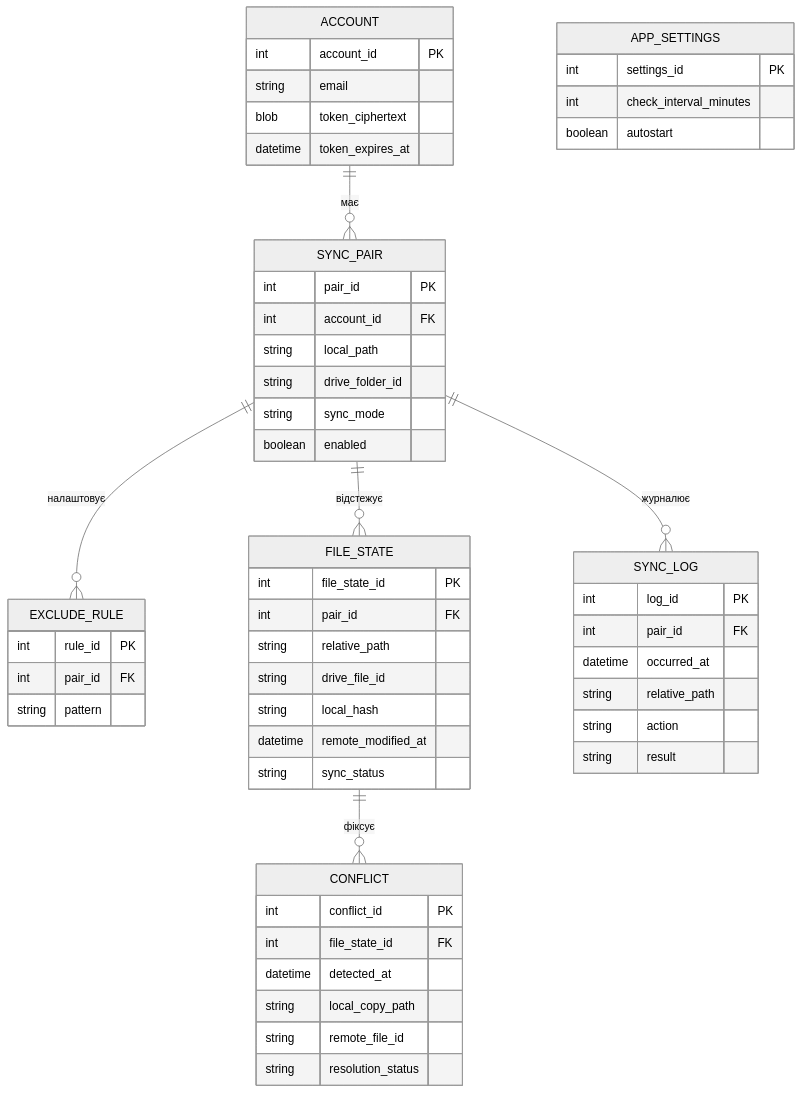
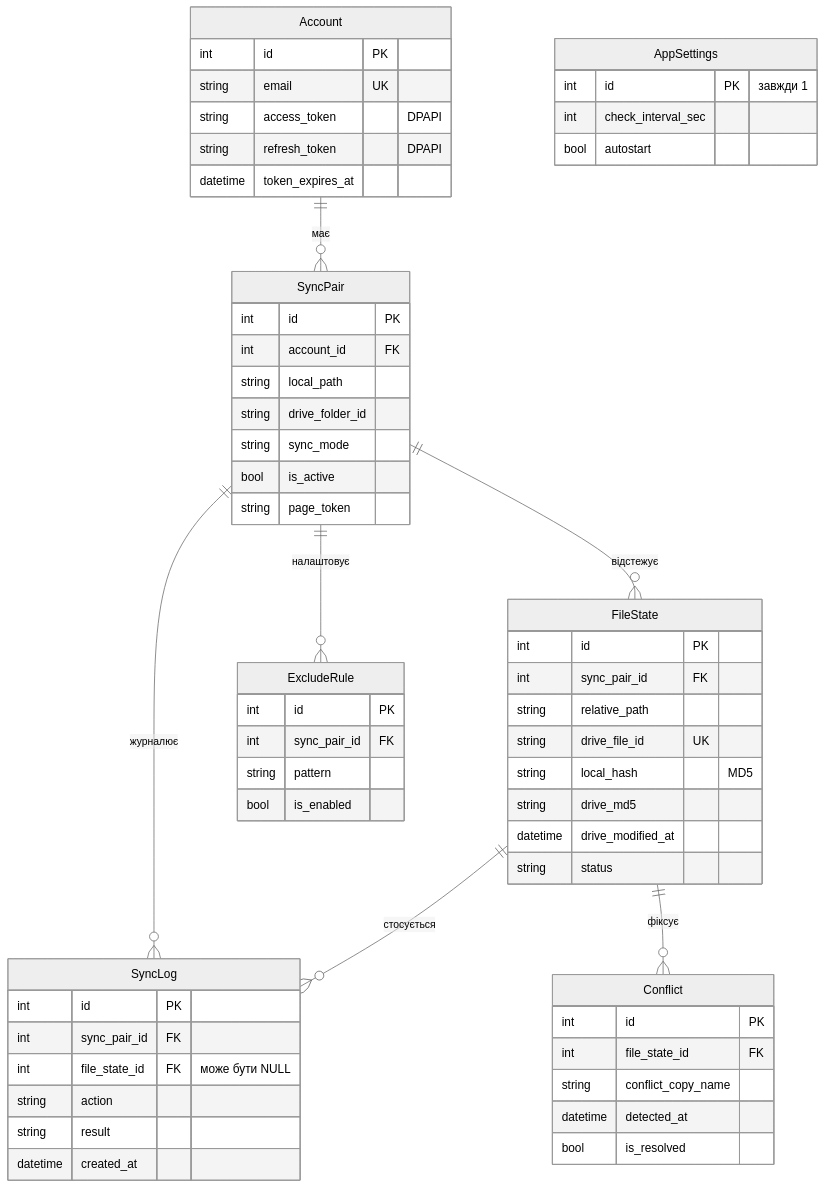
Before and after one commit to ivaniuk07/MyCloudSync: the fourth of 4 diagrams in docs/design/diagrams.md, drawn with Mermaid (neutral theme). The commit also changed other lines of this file and 14 other files, not shown here.

````diff
--- a/docs/design/diagrams.md
+++ b/docs/design/diagrams.md
@@ -79,58 +79,62 @@
 ```mermaid
 erDiagram
-    ACCOUNT ||--o{ SYNC_PAIR : має
-    SYNC_PAIR ||--o{ EXCLUDE_RULE : налаштовує
-    SYNC_PAIR ||--o{ FILE_STATE : відстежує
-    FILE_STATE ||--o{ CONFLICT : фіксує
-    SYNC_PAIR ||--o{ SYNC_LOG : журналює
+    Account ||--o{ SyncPair : "має"
+    SyncPair ||--o{ FileState : "відстежує"
+    SyncPair ||--o{ ExcludeRule : "налаштовує"
+    SyncPair ||--o{ SyncLog : "журналює"
+    FileState ||--o{ SyncLog : "стосується"
+    FileState ||--o{ Conflict : "фіксує"
 
-    ACCOUNT {
-        int account_id PK
-        string email
-        blob token_ciphertext
+    Account {
+        int id PK
+        string email UK
+        string access_token "DPAPI"
+        string refresh_token "DPAPI"
         datetime token_expires_at
     }
-    SYNC_PAIR {
-        int pair_id PK
+    SyncPair {
+        int id PK
         int account_id FK
         string local_path
         string drive_folder_id
         string sync_mode
-        boolean enabled
+        bool is_active
+        string page_token
     }
-    EXCLUDE_RULE {
-        int rule_id PK
-        int pair_id FK
-        string pattern
+    FileState {
+        int id PK
+        int sync_pair_id FK
+        string relative_path
+        string drive_file_id UK
+        string local_hash "MD5"
+        string drive_md5
+        datetime drive_modified_at
+        string status
     }
-    FILE_STATE {
-        int file_state_id PK
-        int pair_id FK
-        string relative_path
-        string drive_file_id
-        string local_hash
-        datetime remote_modified_at
-        string sync_status
+    Conflict {
+        int id PK
+        int file_state_id FK
+        string conflict_copy_name
+        datetime detected_at
+        bool is_resolved
     }
-    CONFLICT {
-        int conflict_id PK
-        int file_state_id FK
-        datetime detected_at
-        string local_copy_path
-        string remote_file_id
-        string resolution_status
-    }
-    SYNC_LOG {
-        int log_id PK
-        int pair_id FK
-        datetime occurred_at
-        string relative_path
+    SyncLog {
+        int id PK
+        int sync_pair_id FK
+        int file_state_id FK "може бути NULL"
         string action
         string result
+        datetime created_at
     }
-    APP_SETTINGS {
-        int settings_id PK
-        int check_interval_minutes
-        boolean autostart
+    ExcludeRule {
+        int id PK
+        int sync_pair_id FK
+        string pattern
+        bool is_enabled
+    }
+    AppSettings {
+        int id PK "завжди 1"
+        int check_interval_sec
+        bool autostart
     }
 ```
````
